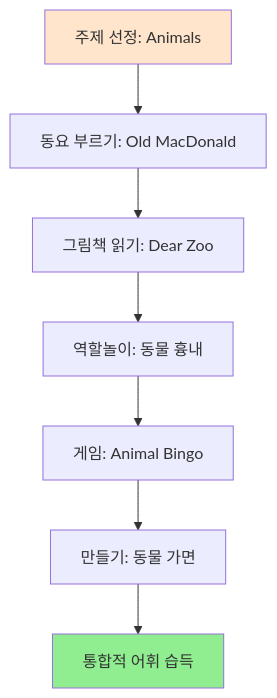
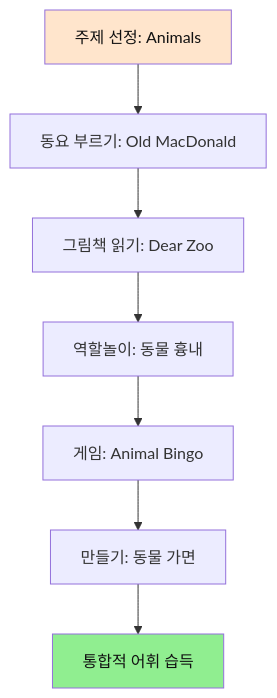
One commit to Collegenie-X/froebel changed the tenth of 45 diagrams in 영어/(영어_중요성)_유아_영어교육_파닉스_동요_방법론.md. Above: the diagram before and after it, drawn with Mermaid. The commit also changed other lines of this file and 13 other files, not shown here.

````diff
--- a/영어/(영어_중요성)_유아_영어교육_파닉스_동요_방법론.md
+++ b/영어/(영어_중요성)_유아_영어교육_파닉스_동요_방법론.md
@@ -305,13 +305,13 @@
 ```mermaid
 graph TD
     A[주제 선정: Animals] --> B[동요 부르기: Old MacDonald]
     B --> C[그림책 읽기: Dear Zoo]
     C --> D[역할놀이: 동물 흉내]
     D --> E[게임: Animal Bingo]
     E --> F[만들기: 동물 가면]
     
     F --> G[통합적 어휘 습득]
     
-    style A fill:#FFE5CC
-    style G fill:#90EE90
+    style A fill:#FFE5CC,color:#111
+    style G fill:#90EE90,color:#111
 ```
````
